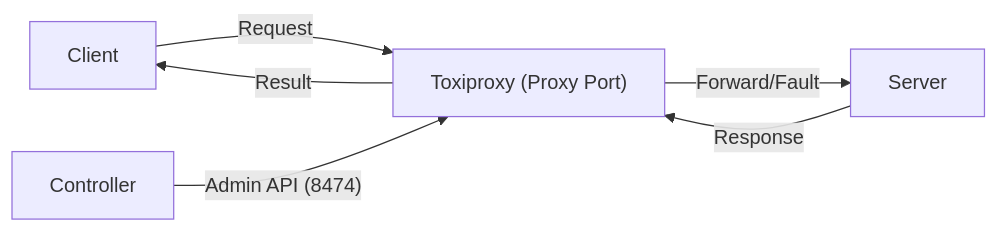
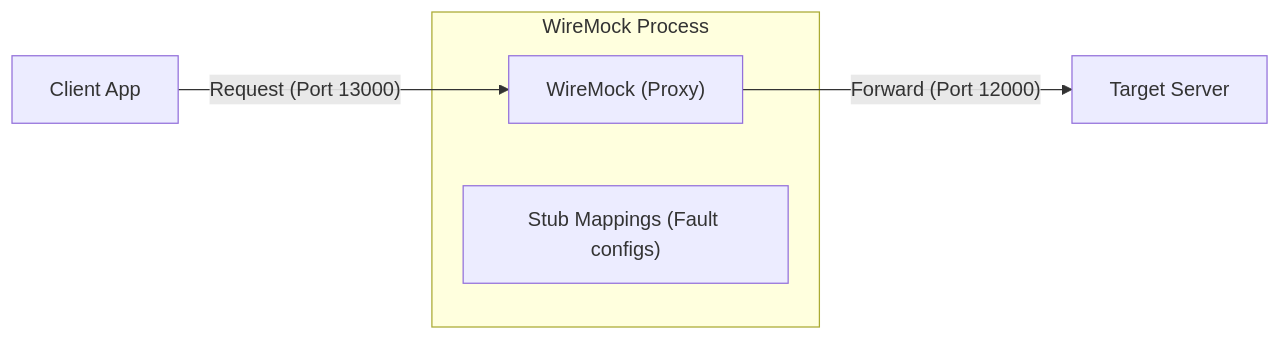
One commit to umbalaconmeogia/usage-toxi-proxy changed the diagram in README.md. Above: the diagram before and after it, drawn with Mermaid. The commit also changed other lines of this file and 2 other files, not shown here.

````diff
--- a/README.md
+++ b/README.md
@@ -11,8 +13,10 @@
 ```mermaid
 graph LR
-    Client -- "Request" --> TP["Toxiproxy (Proxy Port)"]
-    TP -- "Forward/Fault" --> Server
-    Server -- "Response" --> TP
-    TP -- "Result" --> Client
-    Controller -- "Admin API (8474)" --> TP
+    Client["Client App"] -- "Request (Port 13000)" --> WM["WireMock (Proxy)"]
+    WM -- "Forward (Port 12000)" --> Server["Target Server"]
+  
+    subgraph "WireMock Process"
+        WM
+        WM_Mappings["Stub Mappings (Fault configs)"]
+    end
 ```
````
